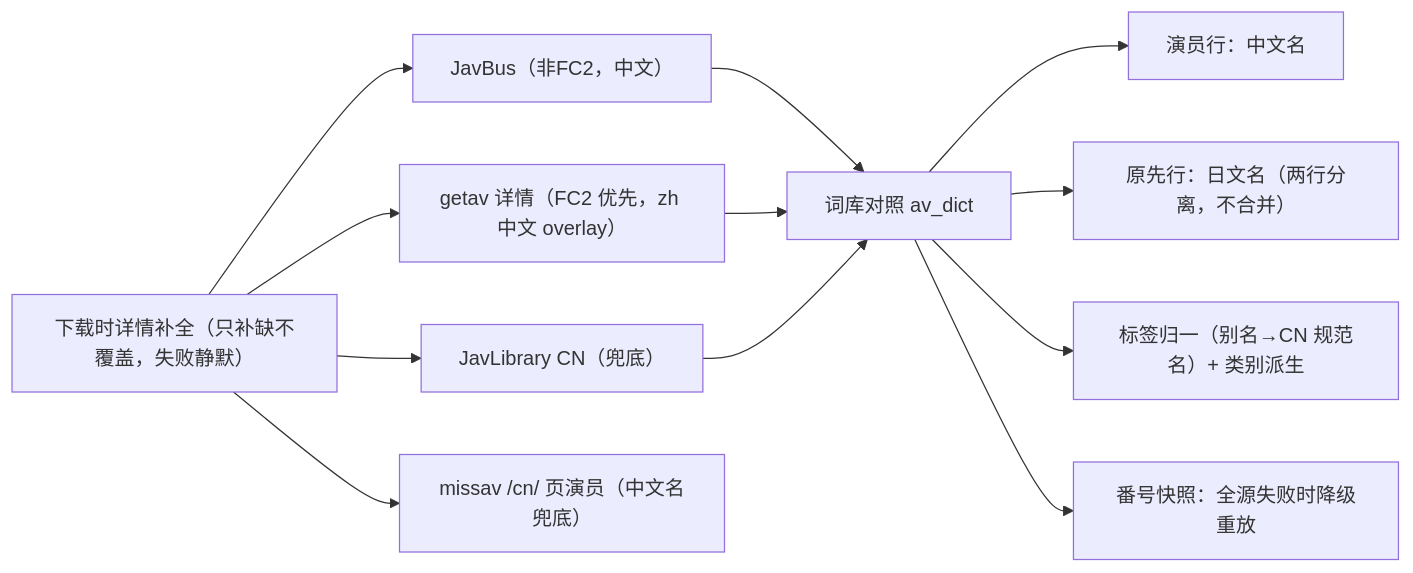
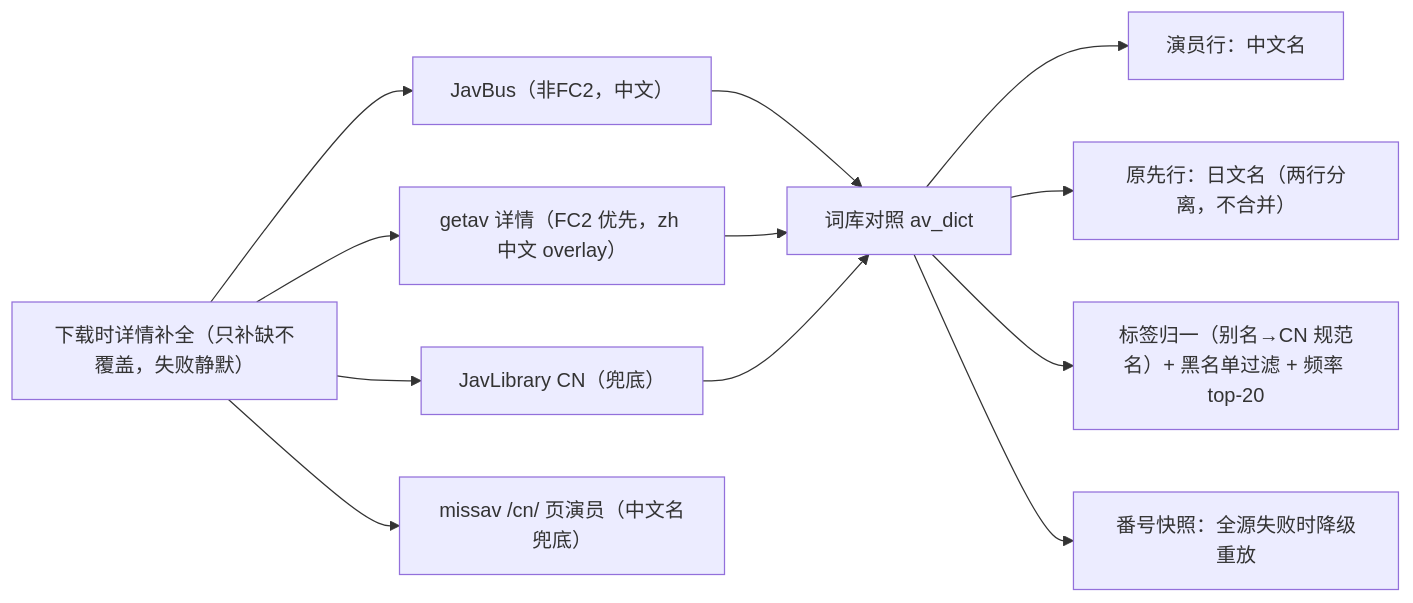
The second of 2 diagrams in README.md (paceyw/Save-Restricted-Bot-Chinese), drawn with Mermaid before and after one commit. The commit also changed other lines of this file and 14 other files, not shown here.

````diff
--- a/README.md
+++ b/README.md
@@ -271,14 +271,14 @@
 ```mermaid
 flowchart LR
     D["下载时详情补全（只补缺不覆盖，失败静默）"] --> J["JavBus（非FC2，中文）"]
     D --> G["getav 详情（FC2 优先，zh 中文 overlay）"]
     D --> L["JavLibrary CN（兜底）"]
     D --> C["missav /cn/ 页演员（中文名兜底）"]
     J --> V["词库对照 av_dict"]
     G --> V
     L --> V
     V --> CN["演员行：中文名"]
     V --> JP["原先行：日文名（两行分离，不合并）"]
-    V --> T["标签归一（别名→CN 规范名）+ 类别派生"]
+    V --> T["标签归一（别名→CN 规范名）+ 黑名单过滤 + 频率 top-20"]
     V --> S["番号快照：全源失败时降级重放"]
 ```
````
